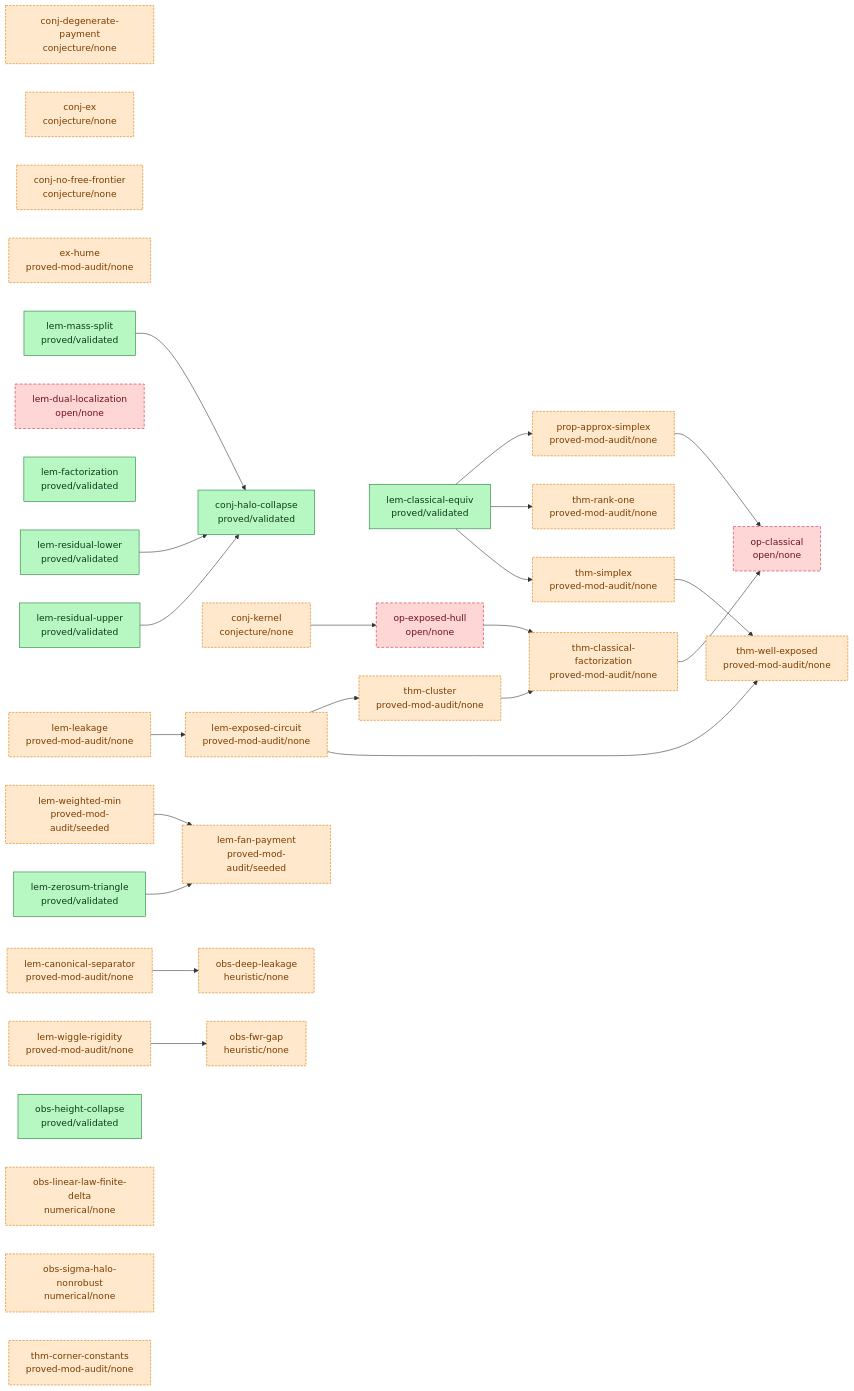
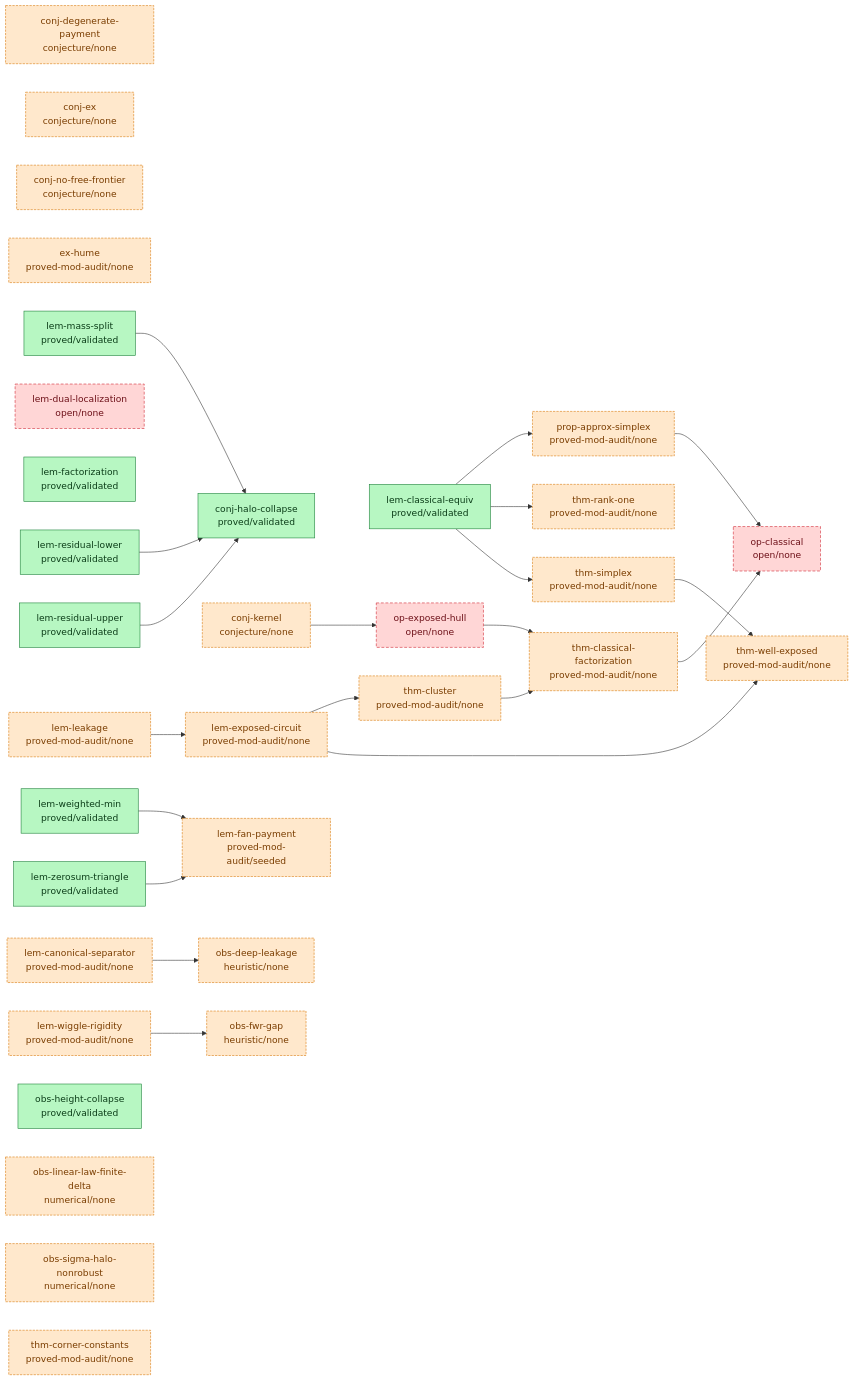
One commit to tobiasosborne/almost-idempotent-stochastic-maps changed the diagram in argument/DAG.md. Above: the diagram before and after it, drawn with Mermaid. The commit also changed 48 other files, not shown here.

First line of the commit message:
Bank lem-weighted-min: af-validated (9th rigorous result; 2nd fan-payment dep)

````diff
--- a/argument/DAG.md
+++ b/argument/DAG.md
@@ -6,65 +6,65 @@
 ```mermaid
 graph LR
   classDef validated fill:#b7f7c2,stroke:#1a7f37,color:#0b3d18;
   classDef proved fill:#cfe3ff,stroke:#0969da,color:#0a3069;
   classDef seeded fill:#fff3c4,stroke:#bf8700,color:#5a4500;
   classDef stated fill:#eaecef,stroke:#8b949e,color:#24292f;
   classDef cited fill:#e7d6ff,stroke:#8250df,color:#3b1a73;
   classDef nonrigorous fill:#ffe8cc,stroke:#d97706,color:#7a3d00,stroke-dasharray:4 2;
   classDef open fill:#ffd6d6,stroke:#cf222e,color:#6e1119,stroke-dasharray:5 3;
   conj-degenerate-payment["conj-degenerate-payment<br/>conjecture/none"]
   conj-ex["conj-ex<br/>conjecture/none"]
   conj-halo-collapse["conj-halo-collapse<br/>proved/validated"]
   conj-kernel["conj-kernel<br/>conjecture/none"]
   conj-no-free-frontier["conj-no-free-frontier<br/>conjecture/none"]
   ex-hume["ex-hume<br/>proved-mod-audit/none"]
   lem-canonical-separator["lem-canonical-separator<br/>proved-mod-audit/none"]
   lem-classical-equiv["lem-classical-equiv<br/>proved/validated"]
   lem-dual-localization["lem-dual-localization<br/>open/none"]
   lem-exposed-circuit["lem-exposed-circuit<br/>proved-mod-audit/none"]
   lem-factorization["lem-factorization<br/>proved/validated"]
   lem-fan-payment["lem-fan-payment<br/>proved-mod-audit/seeded"]
   lem-leakage["lem-leakage<br/>proved-mod-audit/none"]
   lem-mass-split["lem-mass-split<br/>proved/validated"]
   lem-residual-lower["lem-residual-lower<br/>proved/validated"]
   lem-residual-upper["lem-residual-upper<br/>proved/validated"]
-  lem-weighted-min["lem-weighted-min<br/>proved-mod-audit/seeded"]
+  lem-weighted-min["lem-weighted-min<br/>proved/validated"]
   lem-wiggle-rigidity["lem-wiggle-rigidity<br/>proved-mod-audit/none"]
   lem-zerosum-triangle["lem-zerosum-triangle<br/>proved/validated"]
   obs-deep-leakage["obs-deep-leakage<br/>heuristic/none"]
   obs-fwr-gap["obs-fwr-gap<br/>heuristic/none"]
   obs-height-collapse["obs-height-collapse<br/>proved/validated"]
   obs-linear-law-finite-delta["obs-linear-law-finite-delta<br/>numerical/none"]
   obs-sigma-halo-nonrobust["obs-sigma-halo-nonrobust<br/>numerical/none"]
   op-classical["op-classical<br/>open/none"]
   op-exposed-hull["op-exposed-hull<br/>open/none"]
   prop-approx-simplex["prop-approx-simplex<br/>proved-mod-audit/none"]
   thm-classical-factorization["thm-classical-factorization<br/>proved-mod-audit/none"]
   thm-cluster["thm-cluster<br/>proved-mod-audit/none"]
   thm-corner-constants["thm-corner-constants<br/>proved-mod-audit/none"]
   thm-rank-one["thm-rank-one<br/>proved-mod-audit/none"]
   thm-simplex["thm-simplex<br/>proved-mod-audit/none"]
   thm-well-exposed["thm-well-exposed<br/>proved-mod-audit/none"]
   conj-kernel --> op-exposed-hull
   lem-canonical-separator --> obs-deep-leakage
   lem-classical-equiv --> prop-approx-simplex
   lem-classical-equiv --> thm-rank-one
   lem-classical-equiv --> thm-simplex
   lem-exposed-circuit --> thm-cluster
   lem-exposed-circuit --> thm-well-exposed
   lem-leakage --> lem-exposed-circuit
   lem-mass-split --> conj-halo-collapse
   lem-residual-lower --> conj-halo-collapse
   lem-residual-upper --> conj-halo-collapse
   lem-weighted-min --> lem-fan-payment
   lem-wiggle-rigidity --> obs-fwr-gap
   lem-zerosum-triangle --> lem-fan-payment
   op-exposed-hull --> thm-classical-factorization
   prop-approx-simplex --> op-classical
   thm-classical-factorization --> op-classical
   thm-cluster --> thm-classical-factorization
   thm-simplex --> thm-well-exposed
-  class conj-halo-collapse,lem-classical-equiv,lem-factorization,lem-mass-split,lem-residual-lower,lem-residual-upper,lem-zerosum-triangle,obs-height-collapse validated;
-  class conj-degenerate-payment,conj-ex,conj-kernel,conj-no-free-frontier,ex-hume,lem-canonical-separator,lem-exposed-circuit,lem-fan-payment,lem-leakage,lem-weighted-min,lem-wiggle-rigidity,obs-deep-leakage,obs-fwr-gap,obs-linear-law-finite-delta,obs-sigma-halo-nonrobust,prop-approx-simplex,thm-classical-factorization,thm-cluster,thm-corner-constants,thm-rank-one,thm-simplex,thm-well-exposed nonrigorous;
+  class conj-halo-collapse,lem-classical-equiv,lem-factorization,lem-mass-split,lem-residual-lower,lem-residual-upper,lem-weighted-min,lem-zerosum-triangle,obs-height-collapse validated;
+  class conj-degenerate-payment,conj-ex,conj-kernel,conj-no-free-frontier,ex-hume,lem-canonical-separator,lem-exposed-circuit,lem-fan-payment,lem-leakage,lem-wiggle-rigidity,obs-deep-leakage,obs-fwr-gap,obs-linear-law-finite-delta,obs-sigma-halo-nonrobust,prop-approx-simplex,thm-classical-factorization,thm-cluster,thm-corner-constants,thm-rank-one,thm-simplex,thm-well-exposed nonrigorous;
   class lem-dual-localization,op-classical,op-exposed-hull open;
 ```
````
